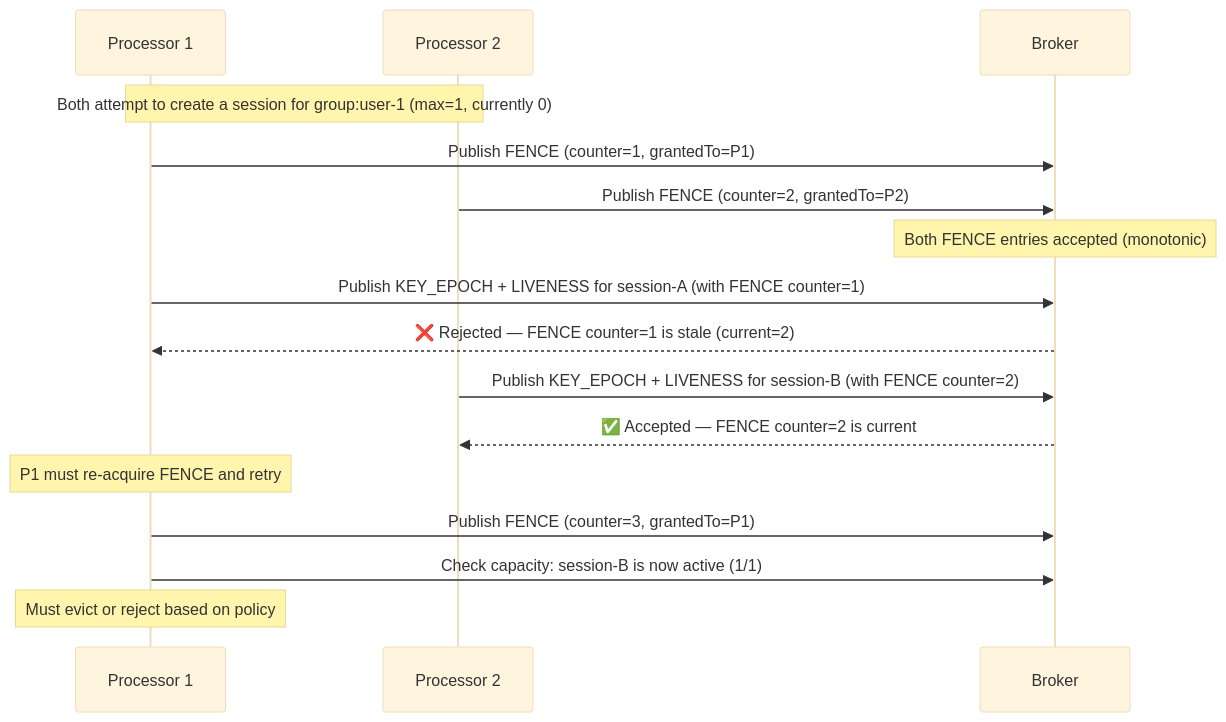
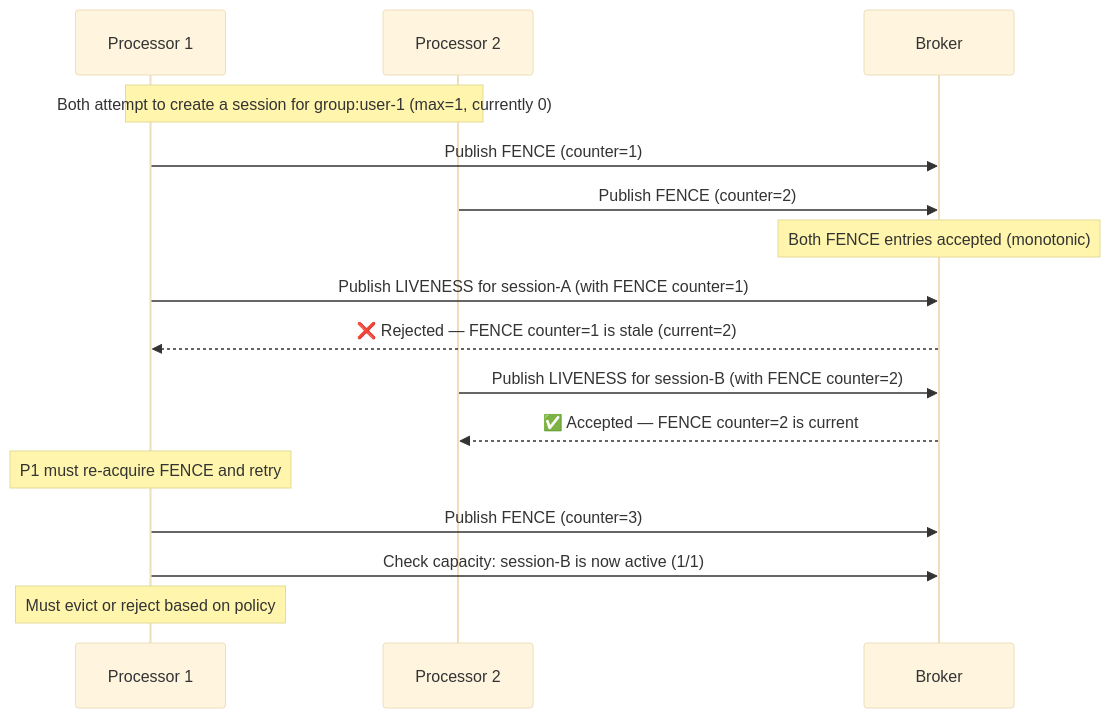
One commit to cyfko/veridot changed the diagram in docs/docs/guides/session-capacity.md. Above: the diagram before and after it, drawn with Mermaid (base theme). The commit also changed other lines of this file and 84 other files, not shown here.

Commit message:
docs: complete Protocol V5 documentation rewrite (including premium diagrams)

````diff
--- a/docs/docs/guides/session-capacity.md
+++ b/docs/docs/guides/session-capacity.md
@@ -123,23 +67,23 @@
 ```mermaid
 sequenceDiagram
     participant P1 as Processor 1
     participant P2 as Processor 2
     participant B as Broker
 
     Note over P1,P2: Both attempt to create a session for group:user-1 (max=1, currently 0)
 
-    P1->>B: Publish FENCE (counter=1, grantedTo=P1)
-    P2->>B: Publish FENCE (counter=2, grantedTo=P2)
+    P1->>B: Publish FENCE (counter=1)
+    P2->>B: Publish FENCE (counter=2)
     Note over B: Both FENCE entries accepted (monotonic)
 
-    P1->>B: Publish KEY_EPOCH + LIVENESS for session-A (with FENCE counter=1)
+    P1->>B: Publish LIVENESS for session-A (with FENCE counter=1)
     B-->>P1: ❌ Rejected — FENCE counter=1 is stale (current=2)
 
-    P2->>B: Publish KEY_EPOCH + LIVENESS for session-B (with FENCE counter=2)
+    P2->>B: Publish LIVENESS for session-B (with FENCE counter=2)
     B-->>P2: ✅ Accepted — FENCE counter=2 is current
 
     Note over P1: P1 must re-acquire FENCE and retry
-    P1->>B: Publish FENCE (counter=3, grantedTo=P1)
+    P1->>B: Publish FENCE (counter=3)
     P1->>B: Check capacity: session-B is now active (1/1)
     Note over P1: Must evict or reject based on policy
 ```
````
